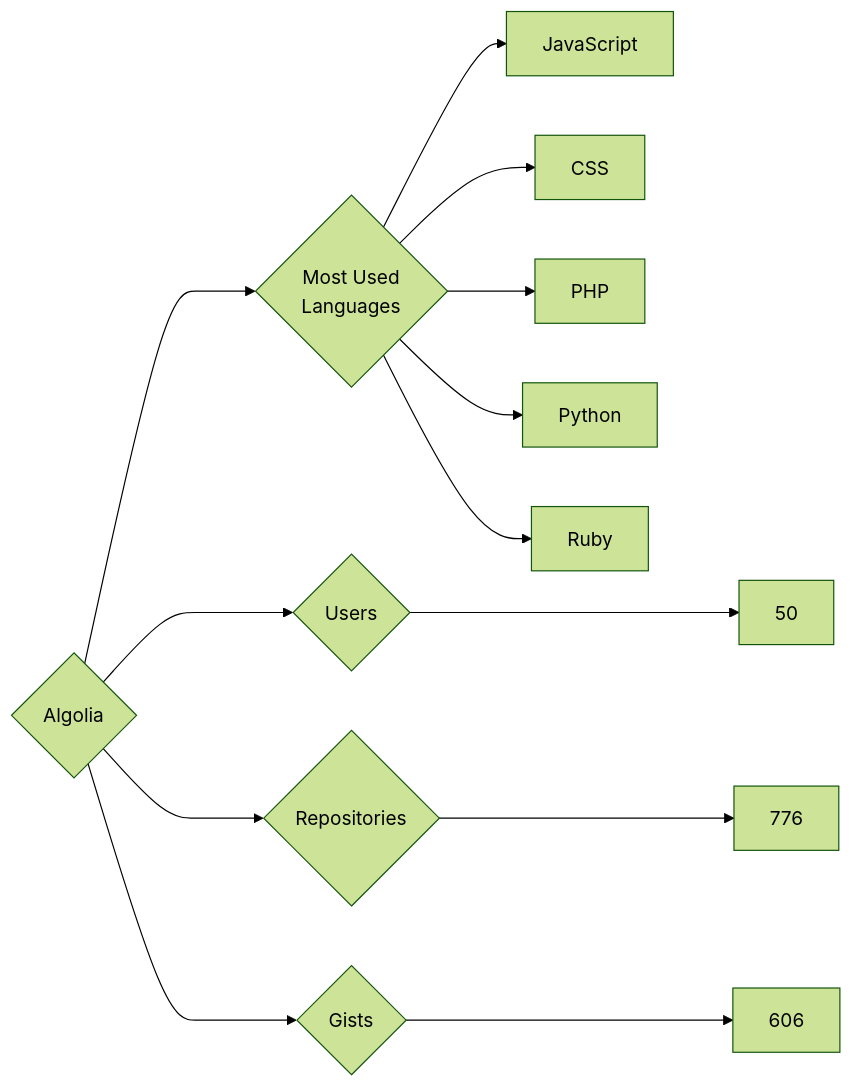
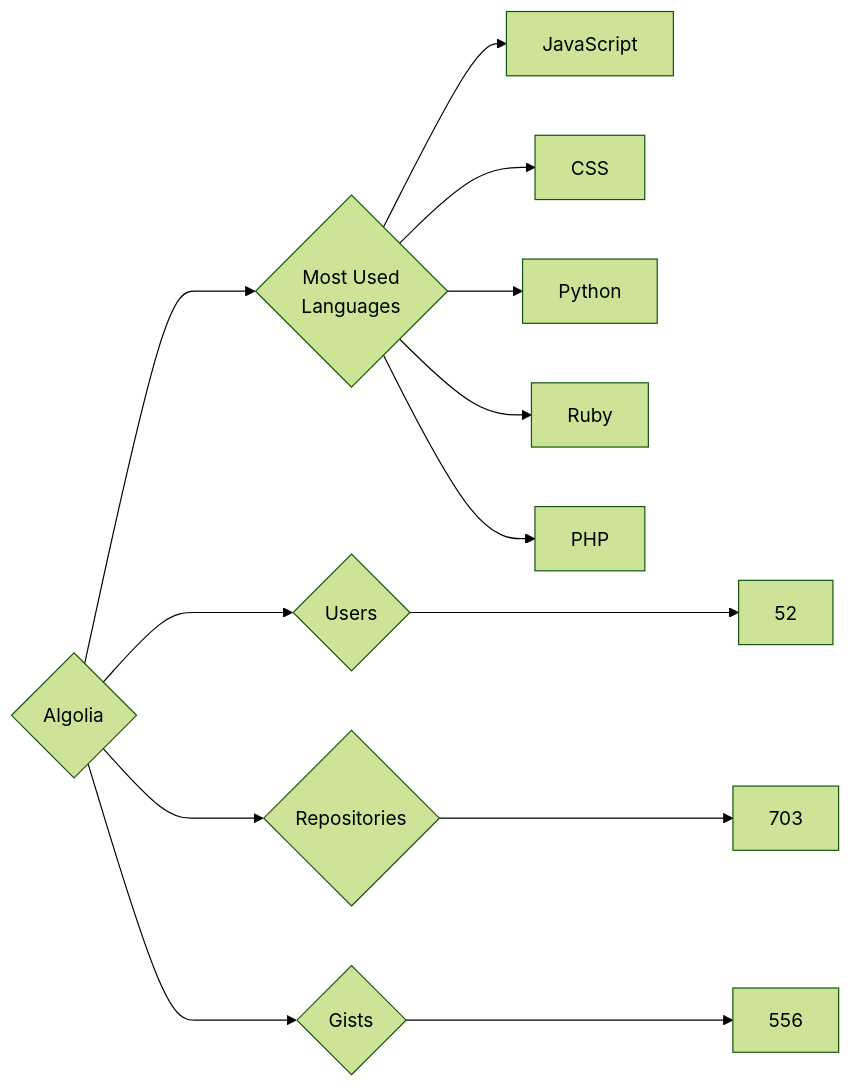
The diagram in targets/Algolia/README.md (trickest/insiders), drawn with Mermaid (forest theme) before and after one commit. The commit also changed 748 other files, not shown here.

````diff
--- a/targets/Algolia/README.md
+++ b/targets/Algolia/README.md
@@ -3,13 +3,13 @@
 ```mermaid
 graph LR
 COMPANY_NAME{Algolia}
-COMPANY_NAME ---> U{Users} ---> UN[50]
-COMPANY_NAME ---> R{Repositories} ---> RN[776]
-COMPANY_NAME ---> G{Gists} ---> GN[606]
+COMPANY_NAME ---> U{Users} ---> UN[52]
+COMPANY_NAME ---> R{Repositories} ---> RN[703]
+COMPANY_NAME ---> G{Gists} ---> GN[556]
 COMPANY_NAME ---> ML{Most Used<br>Languages}
 ML --> JavaScript[JavaScript]
 ML --> CSS[CSS]
-ML --> PHP[PHP]
 ML --> Python[Python]
 ML --> Ruby[Ruby]
+ML --> PHP[PHP]
 ```
````
